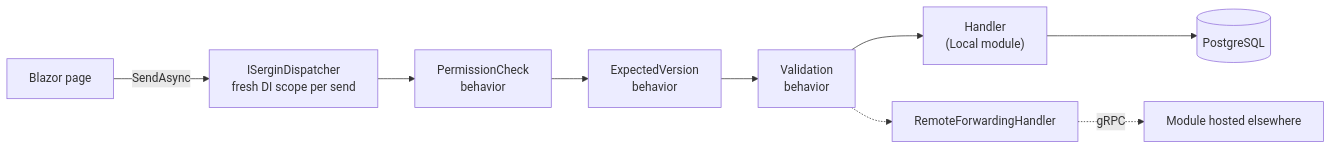
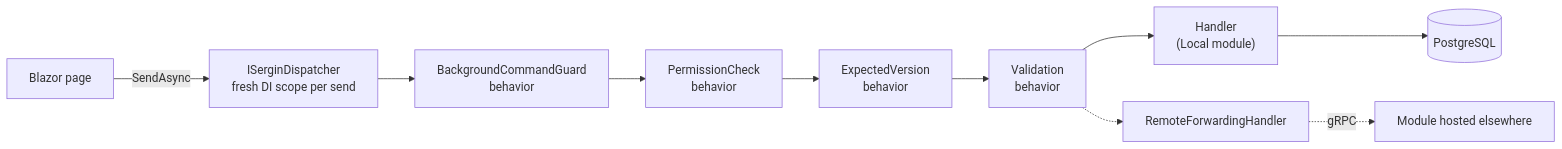
One commit to poursh/Sergin.MeterMinder changed the first of 2 diagrams in README.md. Above: the diagram before and after it, drawn with Mermaid. The commit also changed other lines of this file, not shown here.

````diff
--- a/README.md
+++ b/README.md
@@ -189,8 +193,8 @@
 ```mermaid
 flowchart LR
     Page["Blazor page"] -->|"SendAsync"| D["ISerginDispatcher<br/>fresh DI scope per send"]
-    D --> P1["PermissionCheck<br/>behavior"] --> PV["ExpectedVersion<br/>behavior"] --> P2["Validation<br/>behavior"]
+    D --> PB["BackgroundCommandGuard<br/>behavior"] --> P1["PermissionCheck<br/>behavior"] --> PV["ExpectedVersion<br/>behavior"] --> P2["Validation<br/>behavior"]
     P2 --> H["Handler<br/>(Local module)"]
     P2 -.-> R["RemoteForwardingHandler"] -.->|"gRPC"| S["Module hosted elsewhere"]
     H --> DB[("PostgreSQL")]
 ```
````
